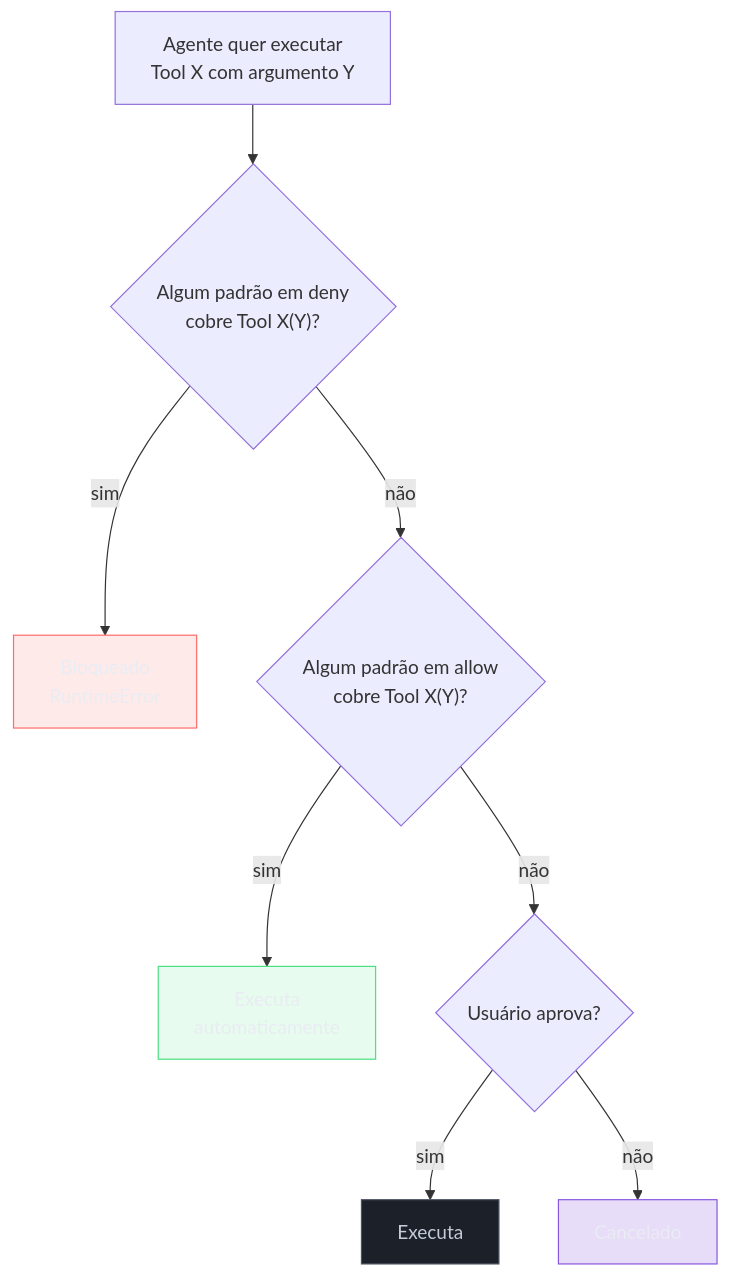
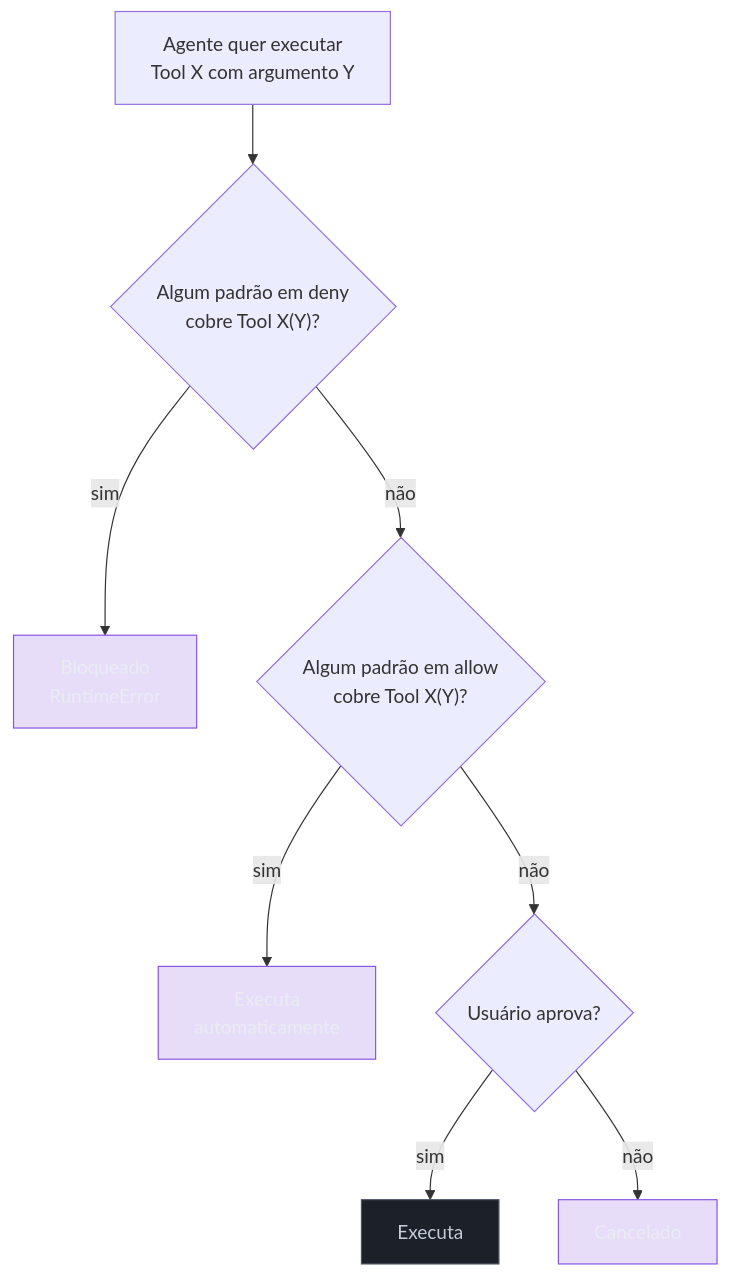
Before and after one commit to josenaldo/codex-technomanticus: the second of 2 diagrams in 03-Dominios/Tecnologia/IA/Claude Code/Configuração/05 - Permissions.md, drawn with Mermaid. The commit also changed 601 other files, not shown here.

````diff
--- a/03-Dominios/Tecnologia/IA/Claude Code/Configuração/05 - Permissions.md
+++ b/03-Dominios/Tecnologia/IA/Claude Code/Configuração/05 - Permissions.md
@@ -193,28 +193,26 @@
 ```mermaid
 flowchart TD
-    classDef falha fill:#FF6B6B24,stroke:#FF6B6B,color:#E9ECF2
-    classDef ok fill:#4ADE8021,stroke:#4ADE80,color:#E9ECF2
     classDef neutro fill:#1B2029,stroke:#4E5666,color:#C6CCD8
     classDef marca fill:#8855DF33,stroke:#8855DF,color:#E9ECF2
     AgentWant["Agente quer executar\nTool X com argumento Y"]
     CheckDeny{"Algum padrão em deny\ncobre Tool X(Y)?"}
     DenyBlock["Bloqueado\nRuntimeError"]
     CheckAllow{"Algum padrão em allow\ncobre Tool X(Y)?"}
     AutoExec["Executa\nautomaticamente"]
     AskUser{"Usuário aprova?"}
     ExecAfterApproval["Executa"]
     Abort["Cancelado"]
 
     AgentWant --> CheckDeny
     CheckDeny -- "sim" --> DenyBlock
     CheckDeny -- "não" --> CheckAllow
     CheckAllow -- "sim" --> AutoExec
     CheckAllow -- "não" --> AskUser
     AskUser -- "sim" --> ExecAfterApproval
     AskUser -- "não" --> Abort
 
-    class DenyBlock falha
-    class AutoExec ok
+    class DenyBlock marca
+    class AutoExec marca
     class ExecAfterApproval neutro
     class Abort marca
 ```
````
